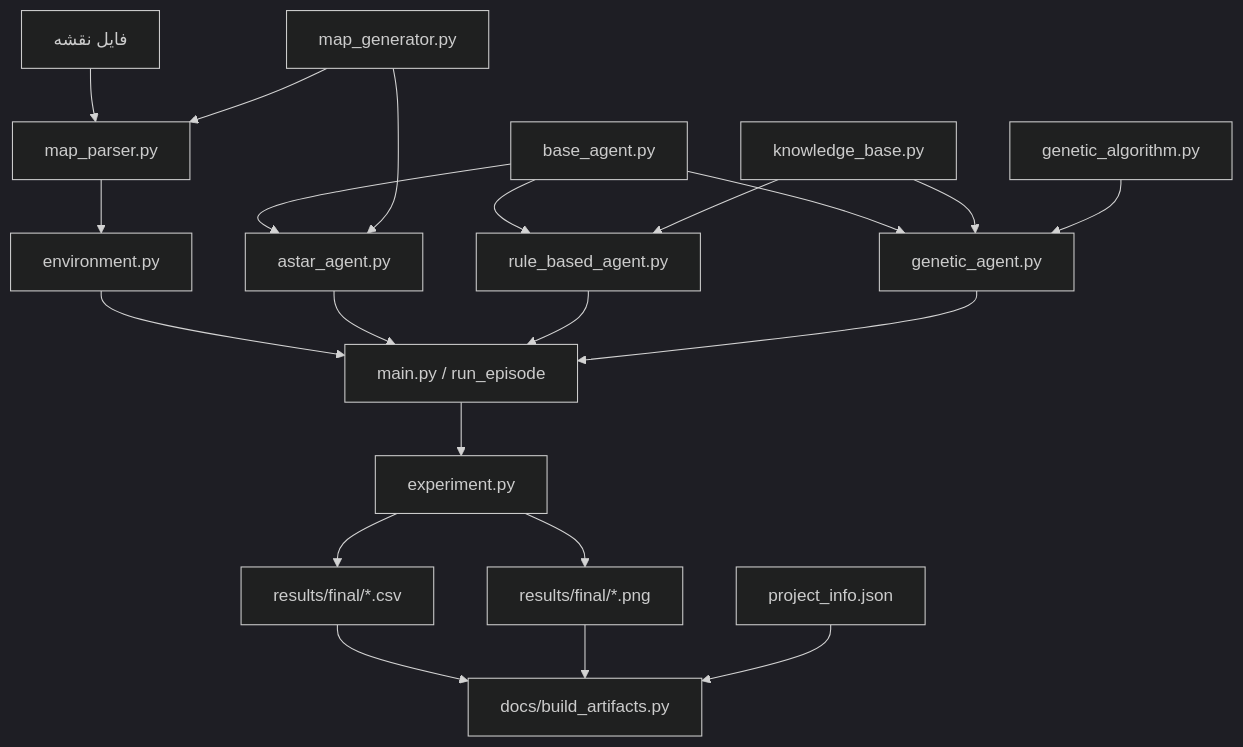
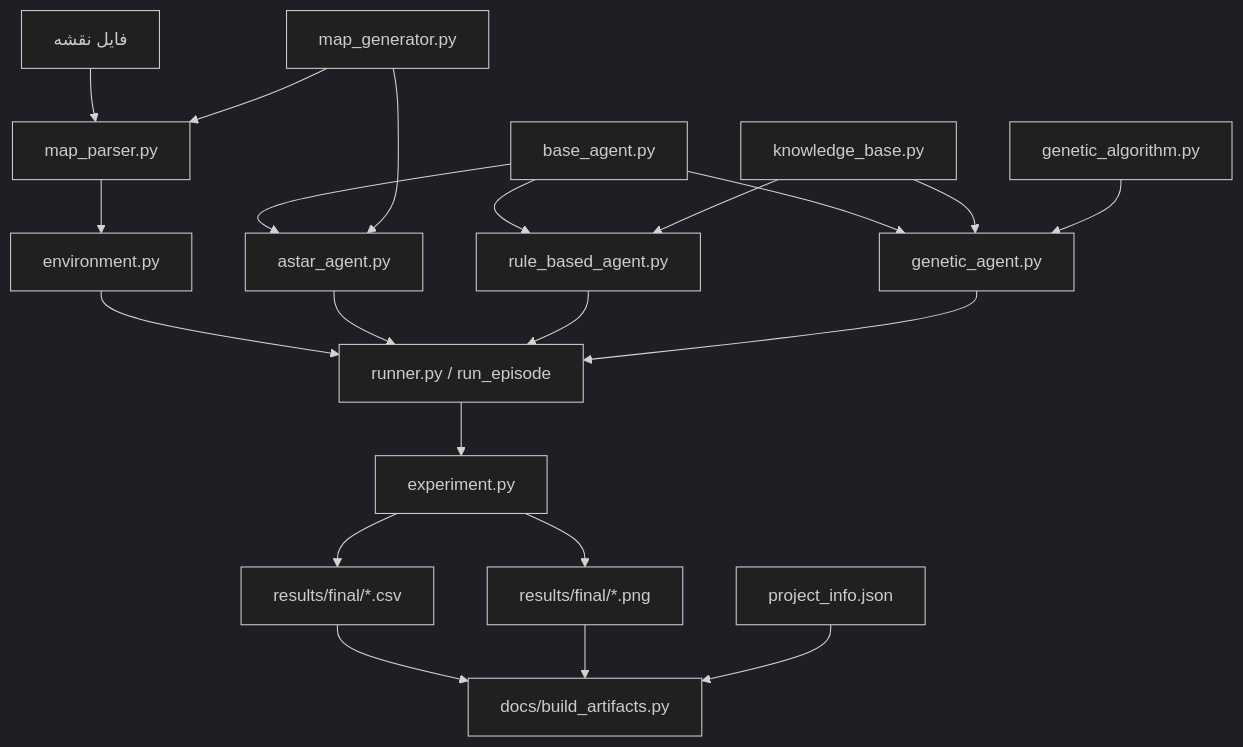
The first of 3 diagrams in docs/final_report/wumpus_world_work_report.md (mahan-vzmz/Wumpus-World-Genetic), drawn with Mermaid (dark theme) before and after one commit. The commit also changed other lines of this file and 11 other files, not shown here.

````diff
--- a/docs/final_report/wumpus_world_work_report.md
+++ b/docs/final_report/wumpus_world_work_report.md
@@ -241,23 +241,23 @@
 ```mermaid
 flowchart TD
     MAP[فایل نقشه] --> PARSER[map_parser.py]
     PARSER --> ENV[environment.py]
-    ENV --> MAIN[main.py / run_episode]
+    ENV --> MAIN[runner.py / run_episode]
     BASE[base_agent.py] --> ASTAR[astar_agent.py]
     BASE --> RULE[rule_based_agent.py]
     BASE --> GEN[genetic_agent.py]
     KB[knowledge_base.py] --> RULE
     KB --> GEN
     ASTAR --> MAIN
     RULE --> MAIN
     GEN --> MAIN
     GA[genetic_algorithm.py] --> GEN
     GENERATOR[map_generator.py] --> PARSER
     GENERATOR --> ASTAR
     MAIN --> EXP[experiment.py]
     EXP --> CSV[results/final/*.csv]
     EXP --> PLOTS[results/final/*.png]
     CSV --> DOCS[docs/build_artifacts.py]
     PLOTS --> DOCS
     INFO[project_info.json] --> DOCS
 ```
````
